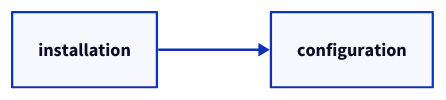
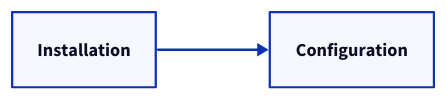
Before and after one commit to HiDeoo/astro-d2: the diagram in docs/src/content/docs/getting-started.mdx, drawn with D2. The commit also changed 33 other files, not shown here.

````diff
--- a/docs/src/content/docs/getting-started.mdx
+++ b/docs/src/content/docs/getting-started.mdx
@@ -139,4 +139,4 @@
 ```d2
 direction: right
-installation -> configuration
+Installation -> Configuration
 ```
````
